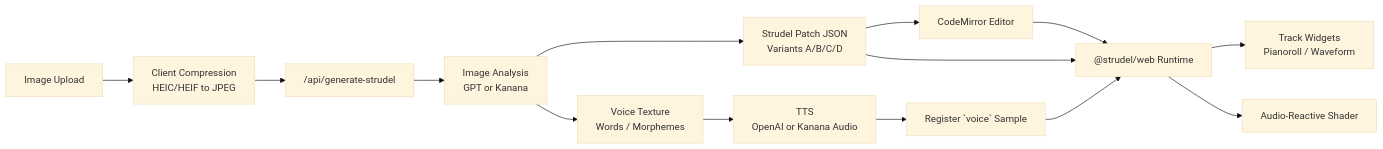
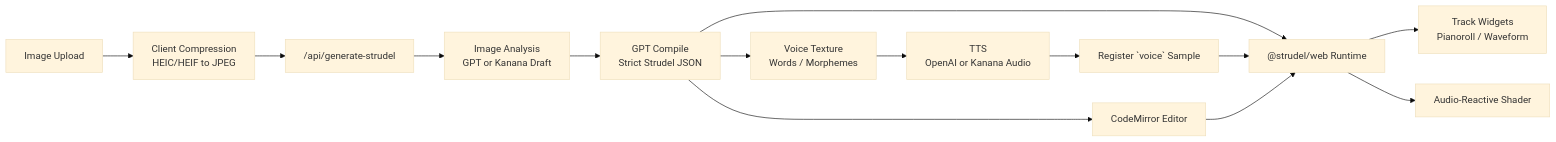
The first of 2 diagrams in README.md (lux-02/Strudel), drawn with Mermaid (base theme) before and after one commit. The commit also changed other lines of this file and 2 other files, not shown here.

Commit message:
Add Kanana compile model fallback

````diff
--- a/README.md
+++ b/README.md
@@ -145,16 +148,16 @@
 ```mermaid
 flowchart LR
   A["Image Upload"] --> B["Client Compression<br/>HEIC/HEIF to JPEG"]
   B --> C["/api/generate-strudel"]
-  C --> D["Image Analysis<br/>GPT or Kanana"]
-  D --> E["Strudel Patch JSON<br/>Variants A/B/C/D"]
-  D --> F["Voice Texture<br/>Words / Morphemes"]
+  C --> D["Image Analysis<br/>GPT or Kanana Draft"]
+  D --> E["GPT Compile<br/>Strict Strudel JSON"]
+  E --> F["Voice Texture<br/>Words / Morphemes"]
   F --> G["TTS<br/>OpenAI or Kanana Audio"]
   G --> H["Register `voice` Sample"]
   E --> I["CodeMirror Editor"]
   E --> J["@strudel/web Runtime"]
   H --> J
   I --> J
   J --> K["Track Widgets<br/>Pianoroll / Waveform"]
   J --> L["Audio-Reactive Shader"]
 ```
````
